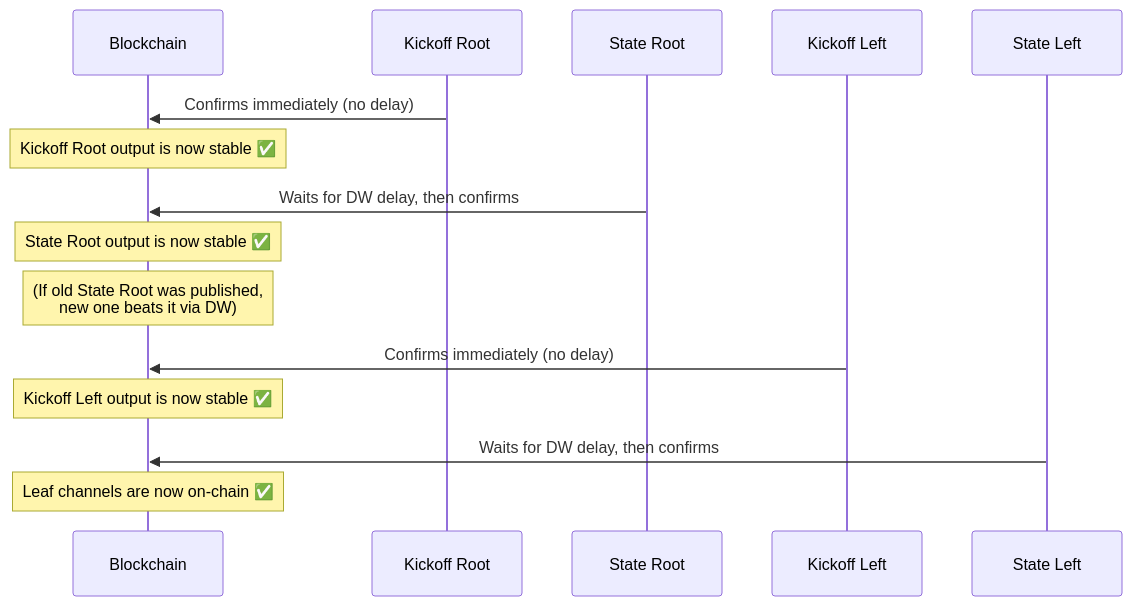
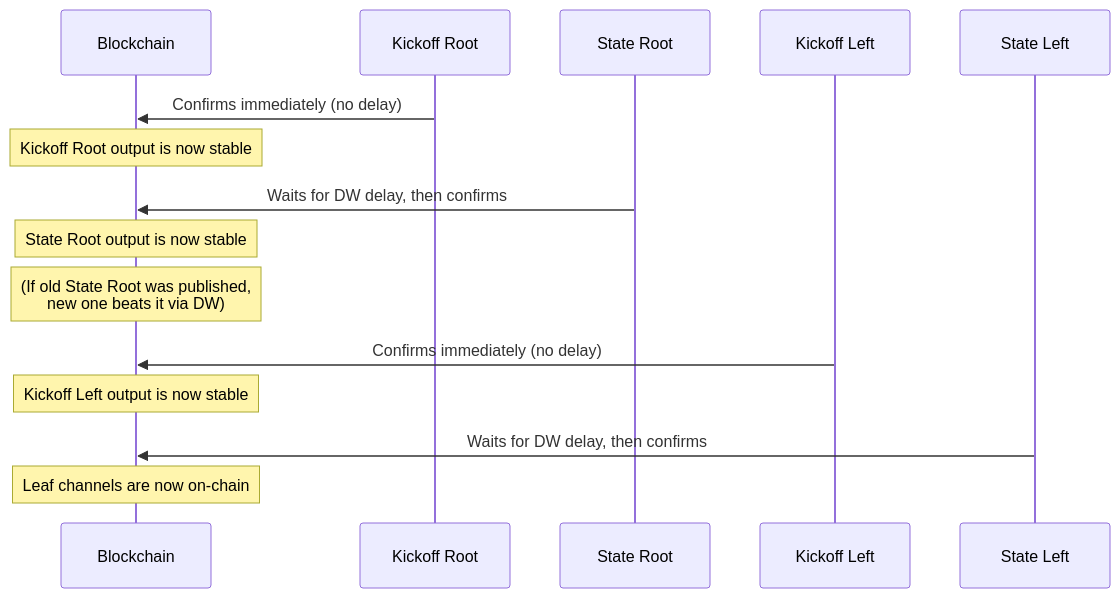
One commit to 8144225309/superscalar-docs changed the second of 2 diagrams in core-concepts/kickoff-vs-state-nodes.md. Above: the diagram before and after it, drawn with Mermaid. The commit also changed other lines of this file and 31 other files, not shown here.

````diff
--- a/core-concepts/kickoff-vs-state-nodes.md
+++ b/core-concepts/kickoff-vs-state-nodes.md
@@ -52,21 +52,21 @@
 ```mermaid
 sequenceDiagram
     participant Chain as Blockchain
     participant KR as Kickoff Root
     participant SR as State Root
     participant KL as Kickoff Left
     participant SL as State Left
 
     KR->>Chain: Confirms immediately (no delay)
-    Note over Chain: Kickoff Root output is now stable ✅
+    Note over Chain: Kickoff Root output is now stable
 
     SR->>Chain: Waits for DW delay, then confirms
-    Note over Chain: State Root output is now stable ✅
+    Note over Chain: State Root output is now stable
     Note over Chain: (If old State Root was published,<br/>new one beats it via DW)
 
     KL->>Chain: Confirms immediately (no delay)
-    Note over Chain: Kickoff Left output is now stable ✅
+    Note over Chain: Kickoff Left output is now stable
 
     SL->>Chain: Waits for DW delay, then confirms
-    Note over Chain: Leaf channels are now on-chain ✅
+    Note over Chain: Leaf channels are now on-chain
 ```
````
